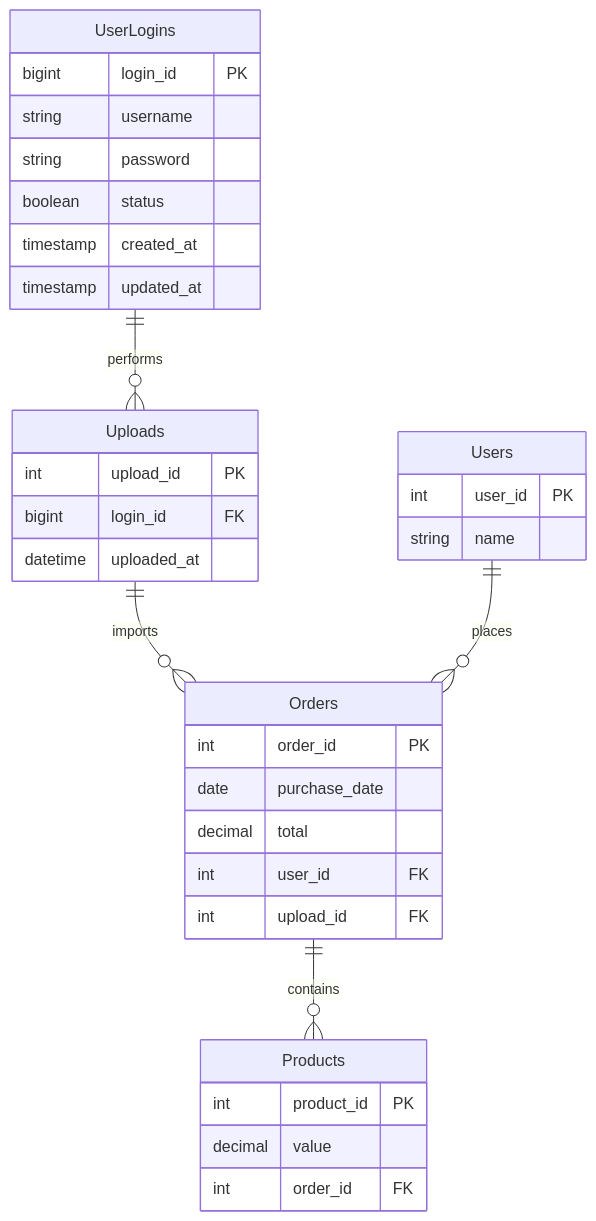
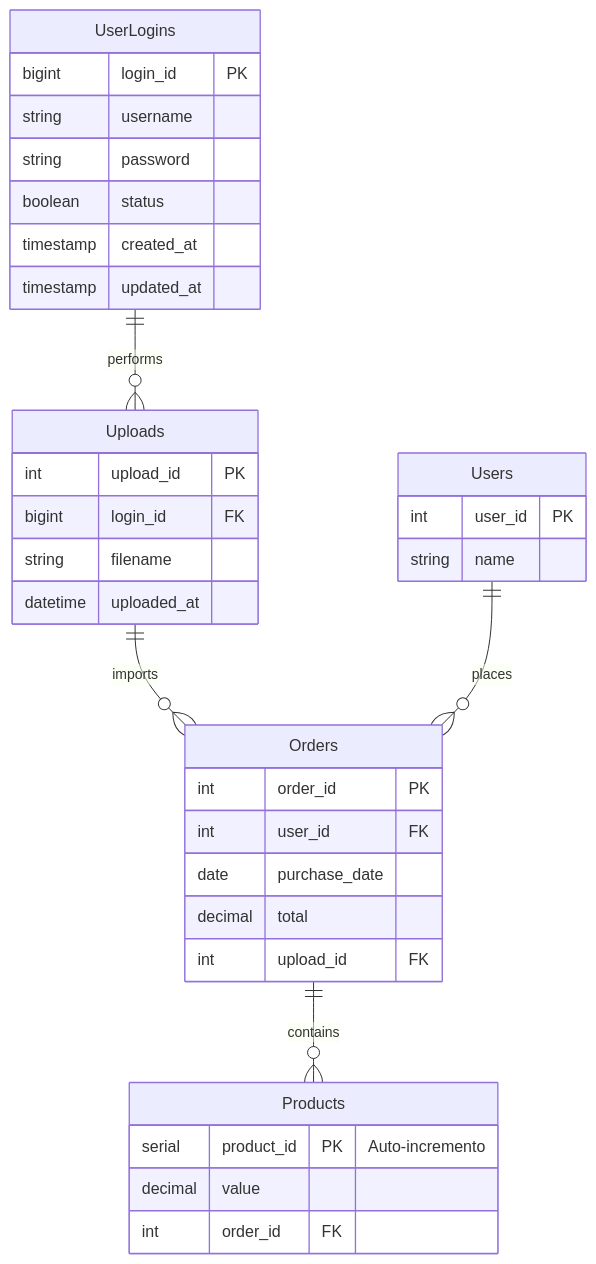
Before and after one commit to HigorJardini/Teste-LuizaLabs: the diagram in docs/Mermaid/Diagrama-Entidade-Relacionamento.mmd, drawn with Mermaid. The commit also changed 10 other files, not shown here.

```diff
--- a/docs/Mermaid/Diagrama-Entidade-Relacionamento.mmd
+++ b/docs/Mermaid/Diagrama-Entidade-Relacionamento.mmd
@@ -1,39 +1,40 @@
 erDiagram
   UserLogins {
     bigint login_id PK
     string username
     string password
     boolean status
     timestamp created_at
     timestamp updated_at
   }
 
   Users {
     int user_id PK
     string name
   }
 
   Uploads {
     int upload_id PK
     bigint login_id FK
+    string filename
     datetime uploaded_at
   }
 
   Orders {
     int order_id PK
+    int user_id FK
     date purchase_date
     decimal total
-    int user_id FK
     int upload_id FK
   }
 
   Products {
-    int product_id PK
+    serial product_id PK "Auto-incremento"
     decimal value
     int order_id FK
   }
 
   UserLogins ||--o{ Uploads : performs
   Uploads ||--o{ Orders : imports
   Users ||--o{ Orders : places
   Orders ||--o{ Products : contains
```
